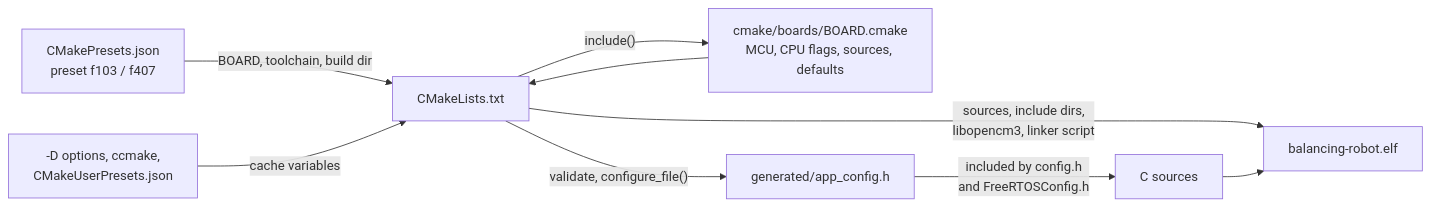
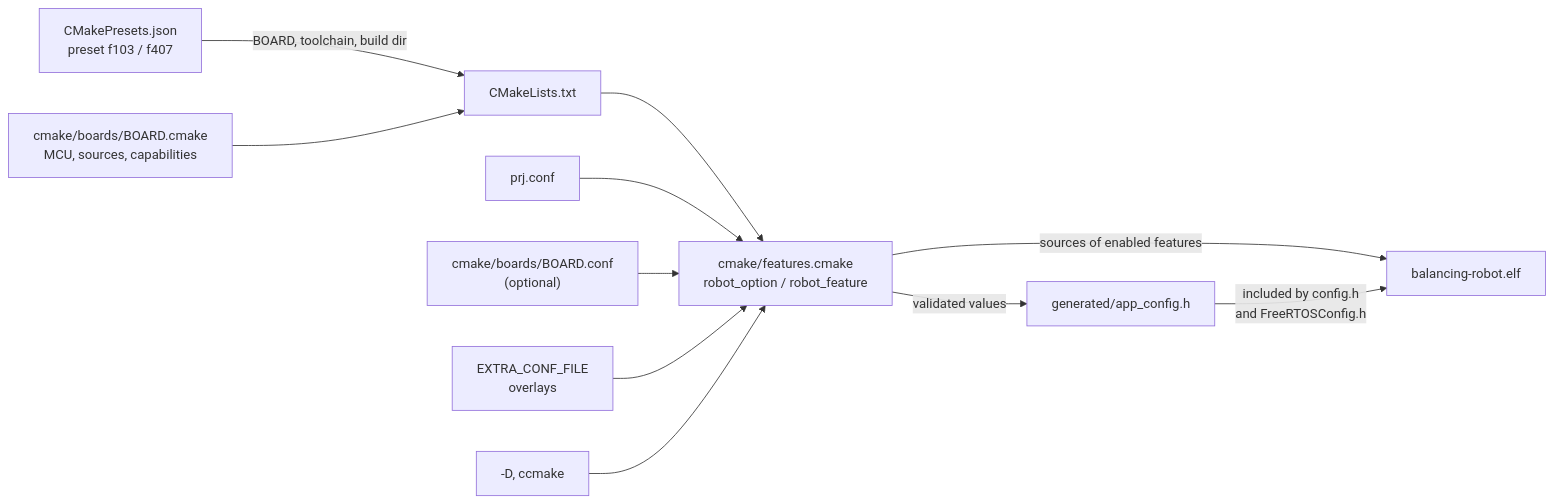
The diagram in docs/02-build-and-configuration.md (machadothi/balancing_robot), drawn with Mermaid before and after one commit. The commit also changed other lines of this file and 27 other files, not shown here.

First line of the commit message:
build: add prj.conf and a feature registry for enabling modules

````diff
--- a/docs/02-build-and-configuration.md
+++ b/docs/02-build-and-configuration.md
@@ -124,11 +126,13 @@
 ```mermaid
 flowchart LR
     PRESET["CMakePresets.json<br/>preset f103 / f407"] -->|"BOARD, toolchain, build dir"| CML["CMakeLists.txt"]
-    USER["-D options, ccmake,<br/>CMakeUserPresets.json"] -->|"cache variables"| CML
-    CML -->|"include()"| BCM["cmake/boards/BOARD.cmake<br/>MCU, CPU flags, sources, defaults"]
-    BCM --> CML
-    CML -->|"validate, configure_file()"| HDR["generated/app_config.h"]
-    CML -->|"sources, include dirs,<br/>libopencm3, linker script"| ELF["balancing-robot.elf"]
-    HDR -->|"included by config.h<br/>and FreeRTOSConfig.h"| SRC["C sources"]
-    SRC --> ELF
+    BCM["cmake/boards/BOARD.cmake<br/>MCU, sources, capabilities"] --> CML
+    CML --> REG["cmake/features.cmake<br/>robot_option / robot_feature"]
+    PRJ["prj.conf"] --> REG
+    BCONF["cmake/boards/BOARD.conf<br/>(optional)"] --> REG
+    EXTRA["EXTRA_CONF_FILE<br/>overlays"] --> REG
+    USER["-D, ccmake"] --> REG
+    REG -->|"validated values"| HDR["generated/app_config.h"]
+    REG -->|"sources of enabled features"| ELF["balancing-robot.elf"]
+    HDR -->|"included by config.h<br/>and FreeRTOSConfig.h"| ELF
 ```
````
